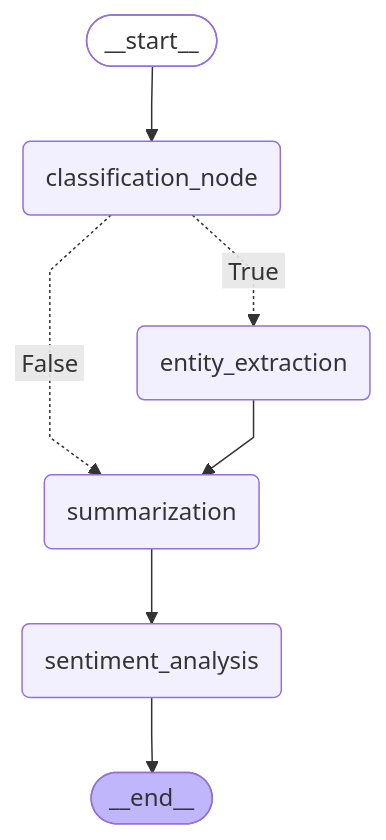
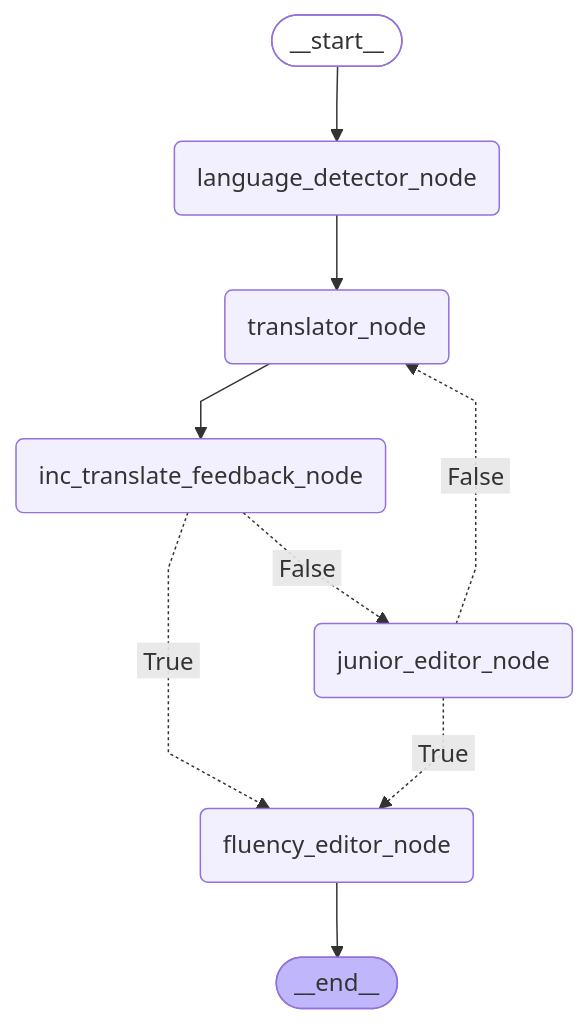
Before and after one commit to dargem/BabbleFishv2: the diagram in workflow_graph.md, drawn with Mermaid. The commit also changed other lines of this file and 15 other files, not shown here.

````diff
--- a/workflow_graph.md
+++ b/workflow_graph.md
@@ -3,24 +3,27 @@
 ```mermaid
 ---
 config:
   flowchart:
     curve: linear
 ---
 graph TD;
 	__start__([<p>__start__</p>]):::first
-	classification_node(classification_node)
-	entity_extraction(entity_extraction)
-	summarization(summarization)
-	sentiment_analysis(sentiment_analysis)
+	language_detector_node(language_detector_node)
+	translator_node(translator_node)
+	junior_editor_node(junior_editor_node)
+	inc_translate_feedback_node(inc_translate_feedback_node)
+	fluency_editor_node(fluency_editor_node)
 	__end__([<p>__end__</p>]):::last
-	__start__ --> classification_node;
-	classification_node -. &nbsp;True&nbsp; .-> entity_extraction;
-	classification_node -. &nbsp;False&nbsp; .-> summarization;
-	entity_extraction --> summarization;
-	summarization --> sentiment_analysis;
-	sentiment_analysis --> __end__;
+	__start__ --> language_detector_node;
+	inc_translate_feedback_node -. &nbsp;True&nbsp; .-> fluency_editor_node;
+	inc_translate_feedback_node -. &nbsp;False&nbsp; .-> junior_editor_node;
+	junior_editor_node -. &nbsp;True&nbsp; .-> fluency_editor_node;
+	junior_editor_node -. &nbsp;False&nbsp; .-> translator_node;
+	language_detector_node --> translator_node;
+	translator_node --> inc_translate_feedback_node;
+	fluency_editor_node --> __end__;
 	classDef default fill:#f2f0ff,line-height:1.2
 	classDef first fill-opacity:0
 	classDef last fill:#bfb6fc
 
 ```
````
